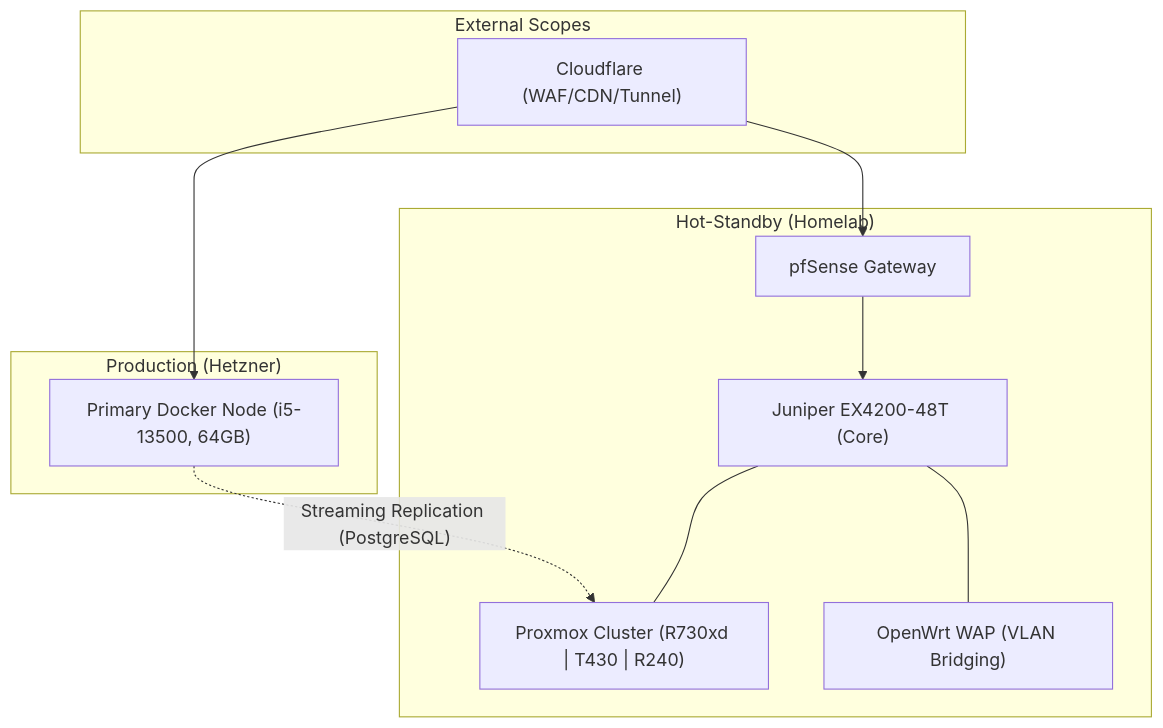
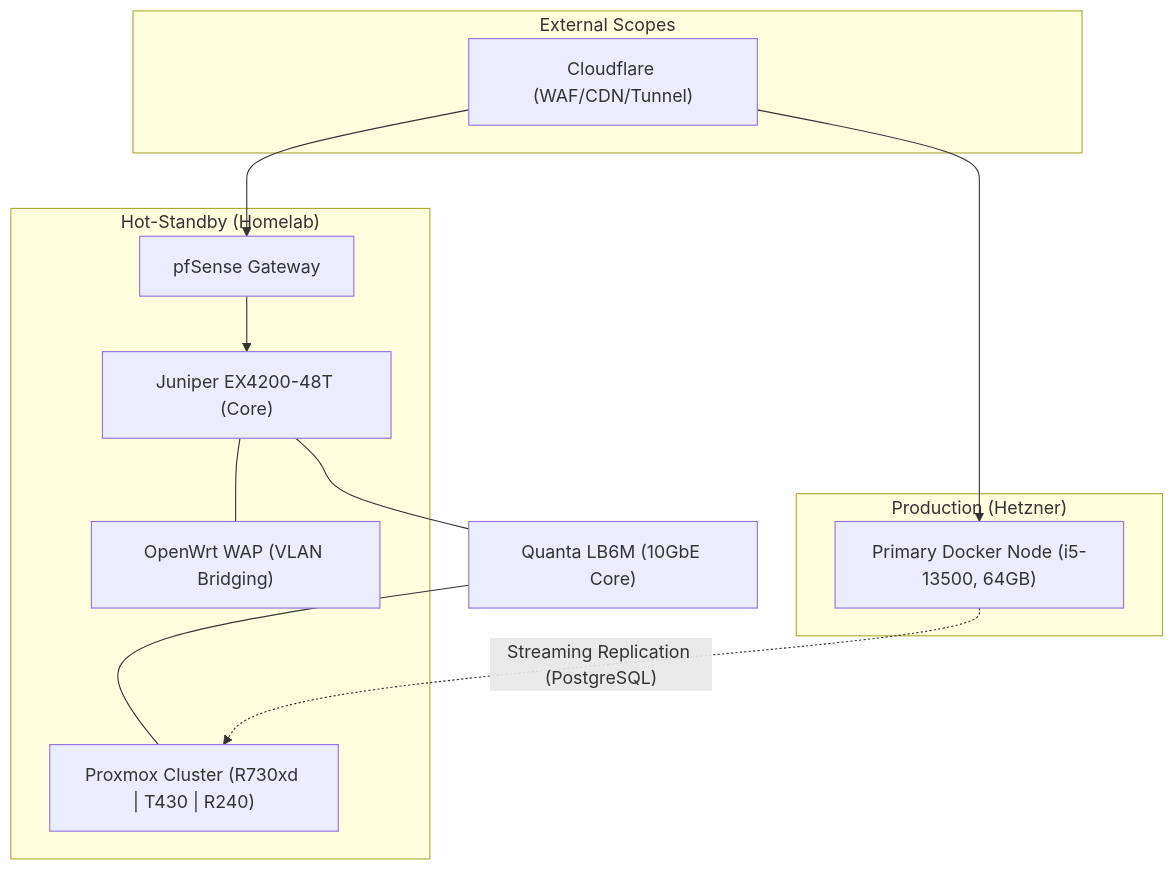
One commit to Labontese/labontese changed the diagram in README.md. Above: the diagram before and after it, drawn with Mermaid. The commit also changed other lines of this file, not shown here.

````diff
--- a/README.md
+++ b/README.md
@@ -9,24 +9,25 @@
 ```mermaid
 graph TD
     subgraph "External Scopes"
         CF["Cloudflare (WAF/CDN/Tunnel)"]
     end
 
     subgraph "Production (Hetzner)"
         HZ["Primary Docker Node (i5-13500, 64GB)"]
     end
 
     subgraph "Hot-Standby (Homelab)"
         PF["pfSense Gateway"]
         JN["Juniper EX4200-48T (Core)"]
         PV["Proxmox Cluster (R730xd | T430 | R240)"]
         OW["OpenWrt WAP (VLAN Bridging)"]
     end
 
     CF --> HZ
     CF --> PF
     PF --> JN
-    JN --- PV
+    JN --- LB6["Quanta LB6M (10GbE Core)"]
+    LB6 --- PV
     JN --- OW
     HZ -. "Streaming Replication (PostgreSQL)" .-> PV
 ```
````
